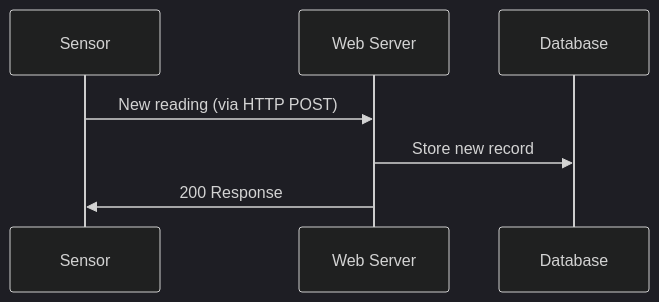
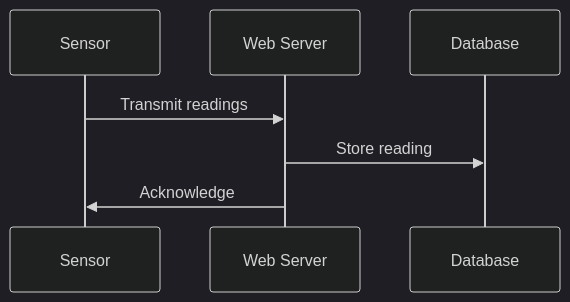
The second of 3 diagrams in docs/Design.md (Grimcheese/GardenStation), drawn with Mermaid (dark theme) before and after one commit. The commit also changed other lines of this file and 1 other file, not shown here.

````diff
--- a/docs/Design.md
+++ b/docs/Design.md
@@ -31,10 +31,10 @@
 ```mermaid
 sequenceDiagram
     participant Sensor
     participant Web Server
     participant Database
 
-    Sensor ->> Web Server: New reading (via HTTP POST)
-    Web Server ->> Database: Store new record
-    Web Server ->> Sensor: 200 Response
+    Sensor ->> Web Server: Transmit readings
+    Web Server ->> Database: Store reading
+    Web Server ->> Sensor: Acknowledge
 ```
````
